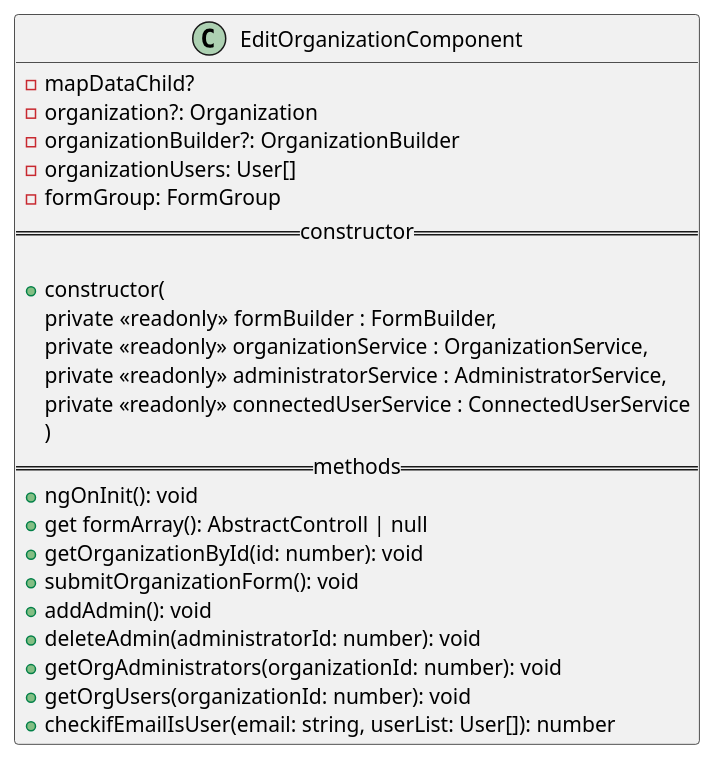
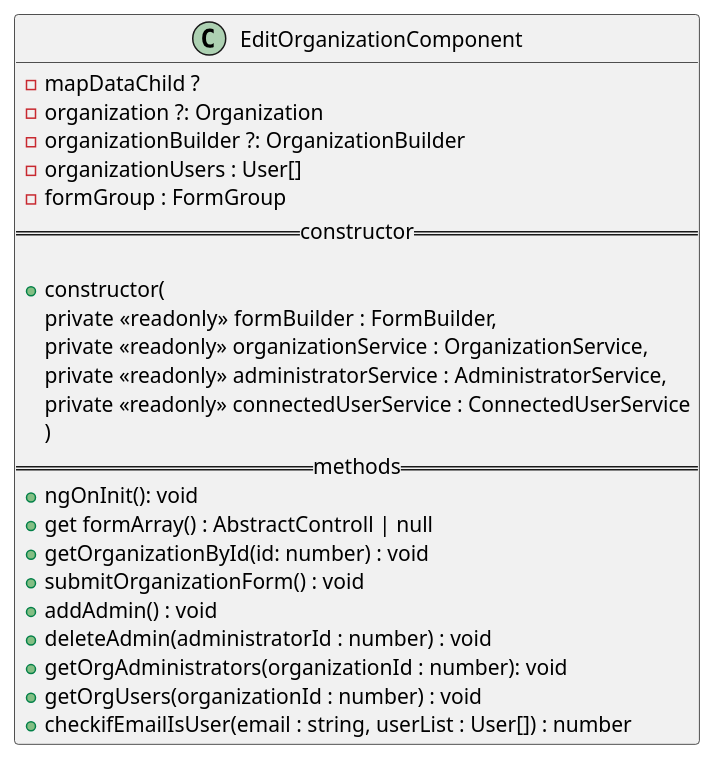
Before and after one commit to GruppOne/stalker-web-app: the diagram in docs/diagrams/view/routes/editorganizationcomponent.pu, drawn with PlantUML. The commit also changed 6 other files, not shown here.

Commit message:
docs: add new diagrams

```diff
--- a/docs/diagrams/view/routes/editorganizationcomponent.pu
+++ b/docs/diagrams/view/routes/editorganizationcomponent.pu
@@ -1,27 +1,27 @@
-@startuml EditOrganizationComponent
+@startuml EditOrganizationComponent diagram
 class EditOrganizationComponent {
-  - mapDataChild?
-  - organization?: Organization
-  - organizationBuilder?: OrganizationBuilder
-  - organizationUsers: User[]
-  - formGroup: FormGroup
+  - mapDataChild ?
+  - organization ?: Organization
+  - organizationBuilder ?: OrganizationBuilder
+  - organizationUsers : User[]
+  - formGroup : FormGroup
   == constructor ==
 
   + constructor(
     private <<readonly>> formBuilder : FormBuilder,
     private <<readonly>> organizationService : OrganizationService,
     private <<readonly>> administratorService : AdministratorService,
     private <<readonly>> connectedUserService : ConnectedUserService
     )
   == methods ==
   + ngOnInit(): void
-  + get formArray(): AbstractControll | null
-  + getOrganizationById(id: number): void
-  + submitOrganizationForm(): void
-  + addAdmin(): void
-  + deleteAdmin(administratorId: number): void
-  + getOrgAdministrators(organizationId: number): void
-  + getOrgUsers(organizationId: number): void
-  + checkifEmailIsUser(email: string, userList: User[]): number
+  + get formArray() : AbstractControll | null
+  + getOrganizationById(id: number) : void
+  + submitOrganizationForm() : void
+  + addAdmin() : void
+  + deleteAdmin(administratorId : number) : void
+  + getOrgAdministrators(organizationId : number): void
+  + getOrgUsers(organizationId : number) : void
+  + checkifEmailIsUser(email : string, userList : User[]) : number
 }
 @enduml
```
